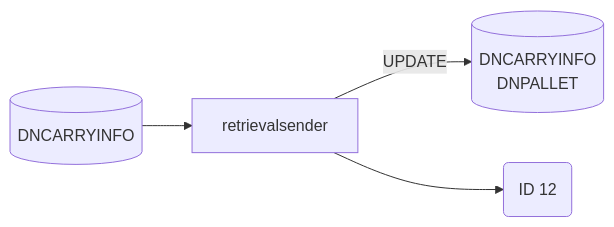
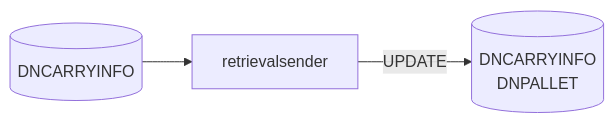
One commit to luthfiadityaa/SimeDarby-Wiki changed diagram 11 of 17 in Basic-Design/DFD-WMS/Retrieval/QC-Setting/Retrieval-for-QC-Start.md. Above: the diagram before and after it, drawn with Mermaid.

Commit message:
Updated Retrieval for QC Start

```diff
--- a/Basic-Design/DFD-WMS/Retrieval/QC-Setting/Retrieval-for-QC-Start.md
+++ b/Basic-Design/DFD-WMS/Retrieval/QC-Setting/Retrieval-for-QC-Start.md
@@ -475,19 +475,14 @@
 ::: mermaid
 flowchart LR
 
 retrievalsender-input[("
 DNCARRYINFO
 ")]
 
 retrievalsender-update[("
 DNCARRYINFO
 DNPALLET
 ")]
 
-id12msg("
-ID 12
-")
-
 retrievalsender-input-->retrievalsender--> |UPDATE| retrievalsender-update
-retrievalsender-->id12msg
 :::
```
